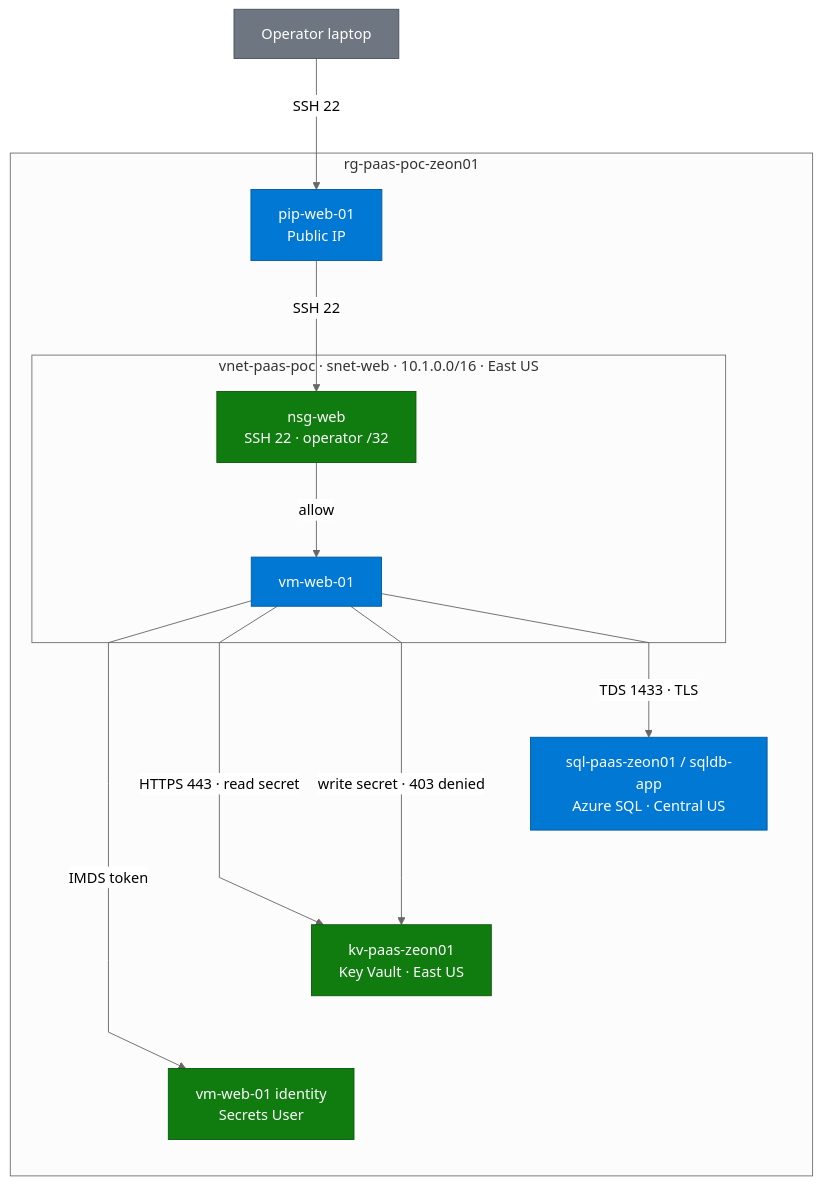
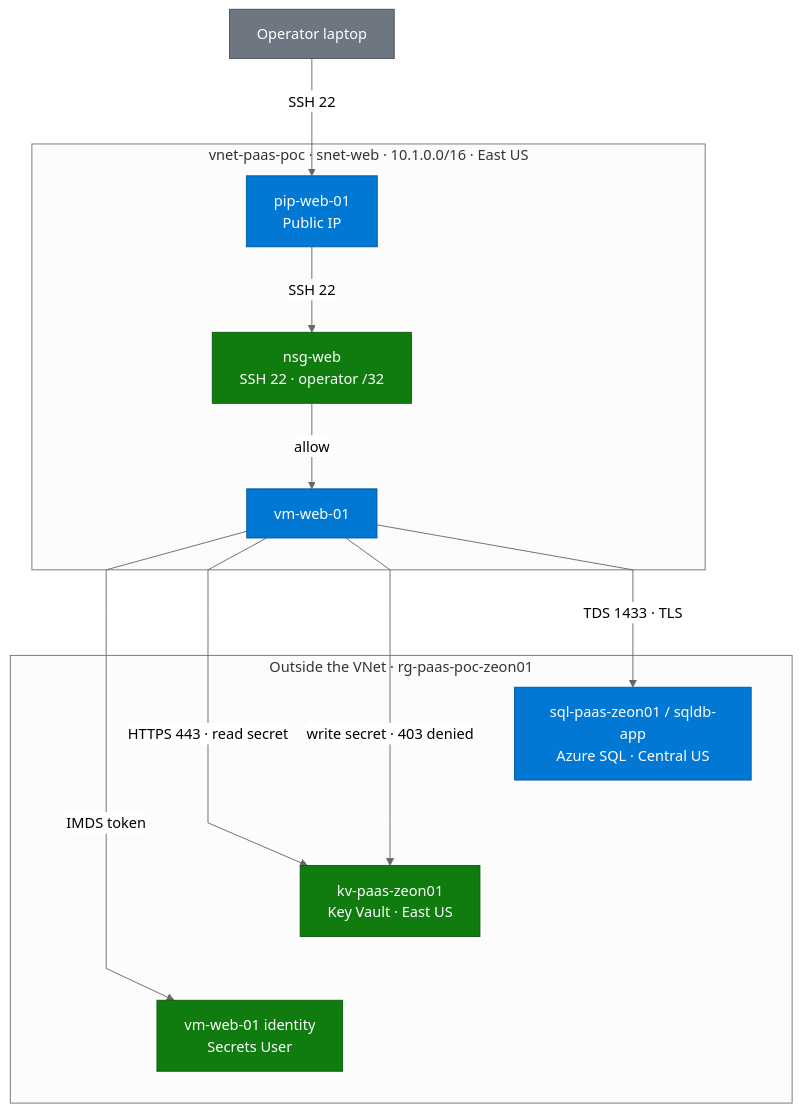
Before and after one commit to zsociety47/azure-sql-keyvault-poc: the diagram in README.md, drawn with Mermaid (neutral theme). The commit also changed other lines of this file, not shown here.

Commit message:
Stack the VNet above SQL and Key Vault so architecture arrows stay on the nodes.

````diff
--- a/README.md
+++ b/README.md
@@ -344,35 +344,36 @@
 ```mermaid
-%%{init: {"flowchart": {"useMaxWidth": false, "nodeSpacing": 80, "rankSpacing": 80, "curve": "linear"}}}%%
+%%{init: {"flowchart": {"useMaxWidth": false, "nodeSpacing": 70, "rankSpacing": 70, "curve": "linear"}}}%%
 flowchart TD
     operator["Operator laptop"]
 
-    subgraph rg["rg-paas-poc-zeon01"]
+    subgraph vnet["vnet-paas-poc · snet-web · 10.1.0.0/16 · East US"]
         pip["pip-web-01<br/>Public IP"]
-        subgraph vnet["vnet-paas-poc · snet-web · 10.1.0.0/16 · East US"]
-            nsg["nsg-web<br/>SSH 22 · operator /32"]
-            vmweb["vm-web-01"]
-        end
+        nsg["nsg-web<br/>SSH 22 · operator /32"]
+        vmweb["vm-web-01"]
+    end
+
+    subgraph outside["Outside the VNet · rg-paas-poc-zeon01"]
         sqldb["sql-paas-zeon01 / sqldb-app<br/>Azure SQL · Central US"]
         kv["kv-paas-zeon01<br/>Key Vault · East US"]
         ident["vm-web-01 identity<br/>Secrets User"]
     end
 
     operator -- "SSH 22" --> pip
     pip -- "SSH 22" --> nsg
     nsg -- "allow" --> vmweb
     vmweb -- "TDS 1433 · TLS" --> sqldb
     vmweb -- "HTTPS 443 · read secret" --> kv
     vmweb -- "write secret · 403 denied" --> kv
     vmweb -- "IMDS token" --> ident
 
     sqldb ~~~ kv
     kv ~~~ ident
 
     classDef azure fill:#0078d4,stroke:#005a9e,color:#fff
     classDef external fill:#6e7681,stroke:#484f58,color:#fff
     classDef identity fill:#107c10,stroke:#0b5a0b,color:#fff
 
     class pip,vmweb,sqldb azure
     class operator external
     class ident,kv,nsg identity
 ```
````
